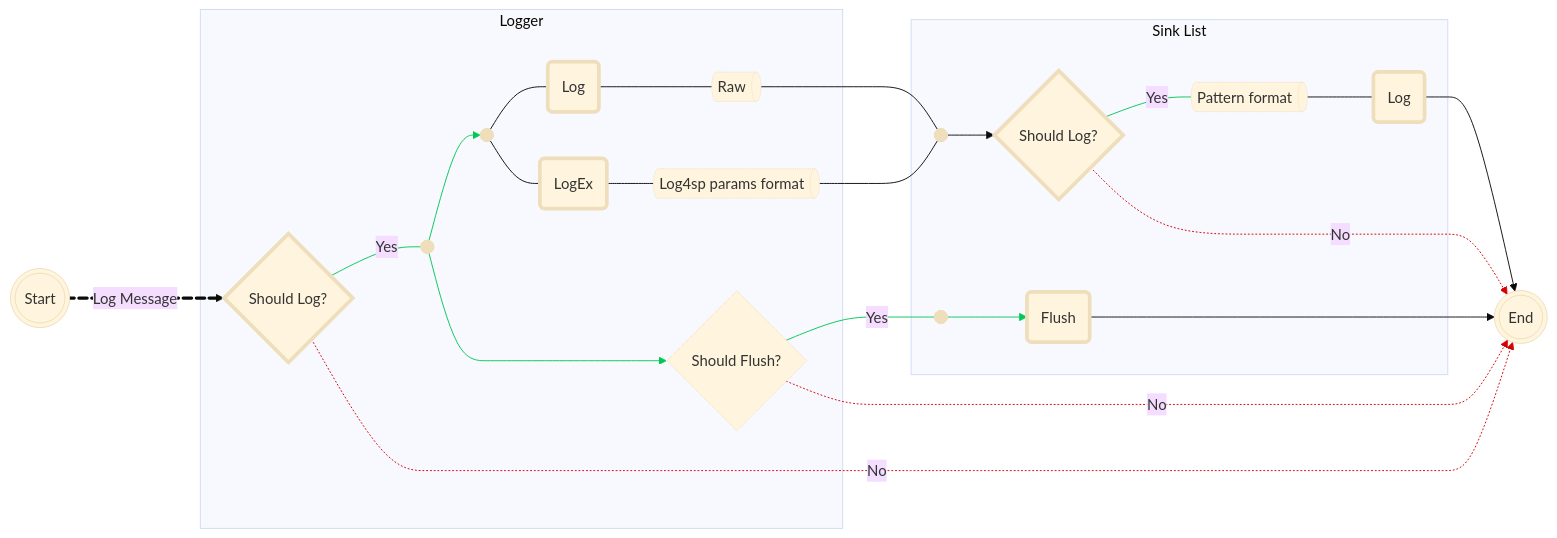
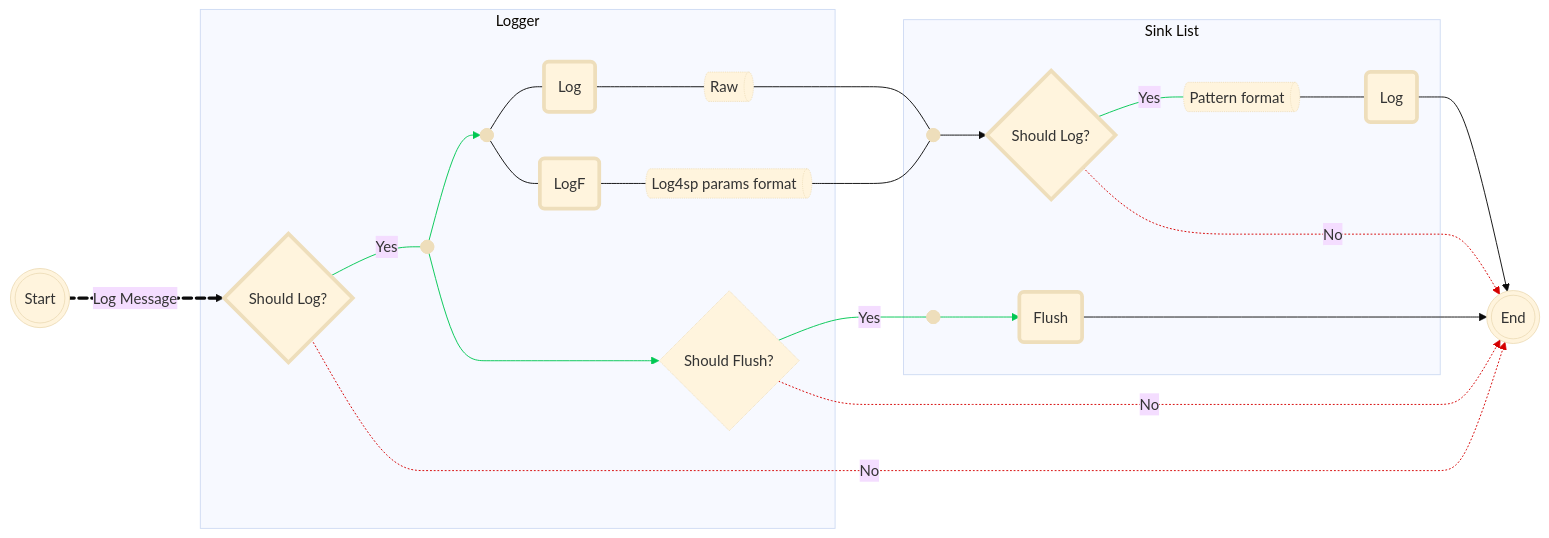
One commit to F1F88/sm-ext-log4sp changed the diagram in readme-chi.md. Above: the diagram before and after it, drawn with Mermaid (base theme). The commit also changed other lines of this file and 13 other files, not shown here.

Commit message:
feat: Rename Logger.LogEx to Logger.LogF

````diff
--- a/readme-chi.md
+++ b/readme-chi.md
@@ -439,66 +439,66 @@
 ```mermaid
 flowchart LR
  subgraph Logger["Logger"]
         LoggerShouldLog{"Should Log?"}
         LoggerShouldJunction["Junction"]
         LoggerLogJunction["Junction"]
         LoggerShouldFlush{"Should Flush?"}
         LoggerLog("Log")
-        LoggerLogEx("LogEx")
+        LoggerLogF("LogF")
         LoggerLogFormat["Raw"]
-        LoggerLogExFormat["Log4sp params format"]
+        LoggerLogFFormat["Log4sp params format"]
   end
  subgraph Sinks["Sink List"]
         SinkShouldJunction["Junction"]
         SinkShouldLog{"Should Log?"}
         SinkLog("Log")
         SinkPatternFormat["Pattern format"]
         SinkFlushJunction["Junction"]
         SinkFlush("Flush")
   end
     Start((("Start"))) L_Start_LoggerShouldLog_0@== Log Message ==> LoggerShouldLog
     LoggerShouldLog -- Yes --- LoggerShouldJunction
     LoggerShouldJunction --> LoggerLogJunction & LoggerShouldFlush
     LoggerShouldLog -. No .-> Stop((("End")))
-    LoggerLogJunction --- LoggerLog & LoggerLogEx
+    LoggerLogJunction --- LoggerLog & LoggerLogF
     LoggerLog --- LoggerLogFormat
     LoggerLogFormat --- SinkShouldJunction
-    LoggerLogEx --- LoggerLogExFormat
-    LoggerLogExFormat --- SinkShouldJunction
+    LoggerLogF --- LoggerLogFFormat
+    LoggerLogFFormat --- SinkShouldJunction
     LoggerShouldFlush -- Yes --- SinkFlushJunction
     SinkFlushJunction --> SinkFlush
     SinkFlush --> Stop
     LoggerShouldFlush -. No .-> Stop
     SinkShouldJunction --> SinkShouldLog
     SinkShouldLog -- Yes --- SinkPatternFormat
     SinkPatternFormat --- SinkLog
     SinkLog --> Stop
     SinkShouldLog -. No .-> Stop
     LoggerShouldJunction@{ shape: junction}
     LoggerLogJunction@{ shape: junction}
     LoggerLogFormat@{ shape: das}
-    LoggerLogExFormat@{ shape: das}
+    LoggerLogFFormat@{ shape: das}
     SinkShouldJunction@{ shape: junction}
     SinkPatternFormat@{ shape: das}
     SinkFlushJunction@{ shape: junction}
     style LoggerShouldLog stroke-width:4px,stroke-dasharray: 0
     style LoggerShouldFlush stroke-width:1px,stroke-dasharray: 1
     style LoggerLog stroke-width:4px,stroke-dasharray: 0
-    style LoggerLogEx stroke-width:4px,stroke-dasharray: 0
+    style LoggerLogF stroke-width:4px,stroke-dasharray: 0
     style LoggerLogFormat stroke-width:1px,stroke-dasharray: 1
-    style LoggerLogExFormat stroke-width:1px,stroke-dasharray: 1
+    style LoggerLogFFormat stroke-width:1px,stroke-dasharray: 1
     style SinkShouldLog stroke-width:4px,stroke-dasharray: 0
     style SinkLog stroke-width:4px,stroke-dasharray: 0
     style SinkPatternFormat stroke-width:1px,stroke-dasharray: 1
     style SinkFlush stroke-width:4px,stroke-dasharray: 0
     linkStyle 1 stroke:#00C853,fill:none
     linkStyle 2 stroke:#00C853,fill:none
     linkStyle 3 stroke:#00C853,fill:none
     linkStyle 4 stroke:#D50000,fill:none
     linkStyle 11 stroke:#00C853,fill:none
     linkStyle 12 stroke:#00C853,fill:none
     linkStyle 14 stroke:#D50000,fill:none
     linkStyle 16 stroke:#00C853,fill:none
     linkStyle 19 stroke:#D50000,fill:none
     L_Start_LoggerShouldLog_0@{ animation: fast }
 ```
````
